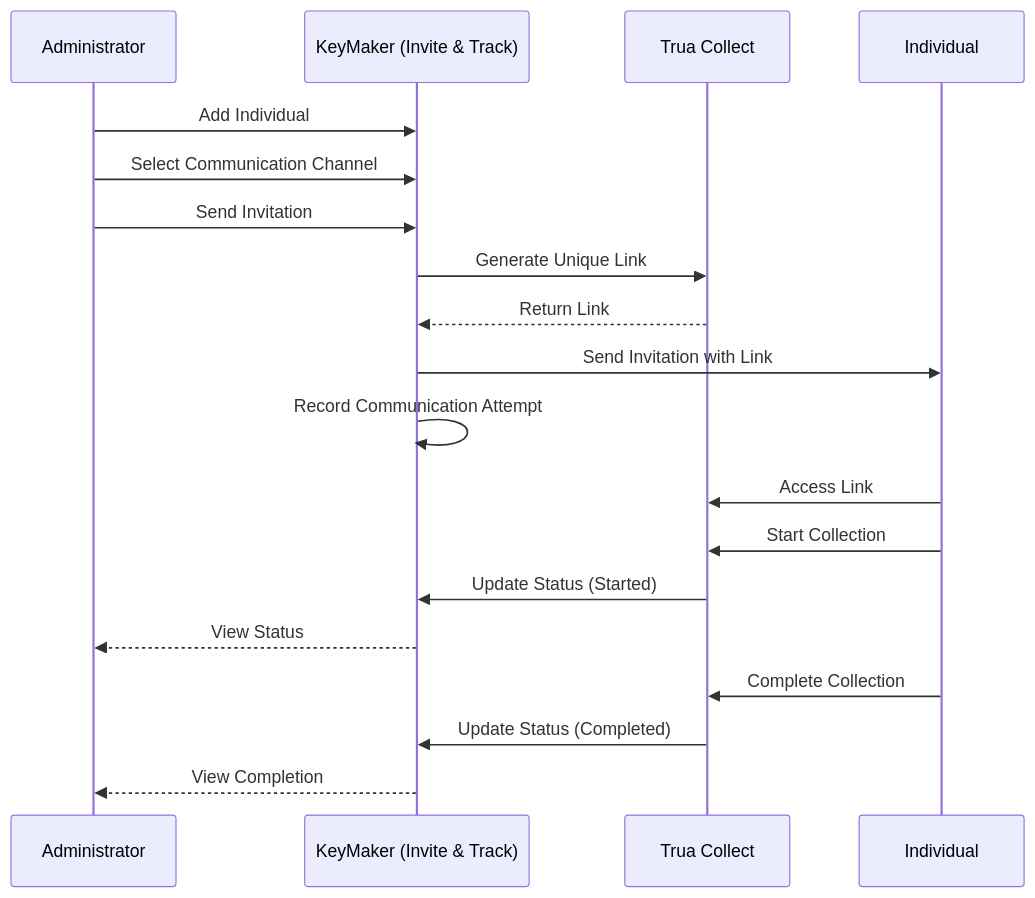
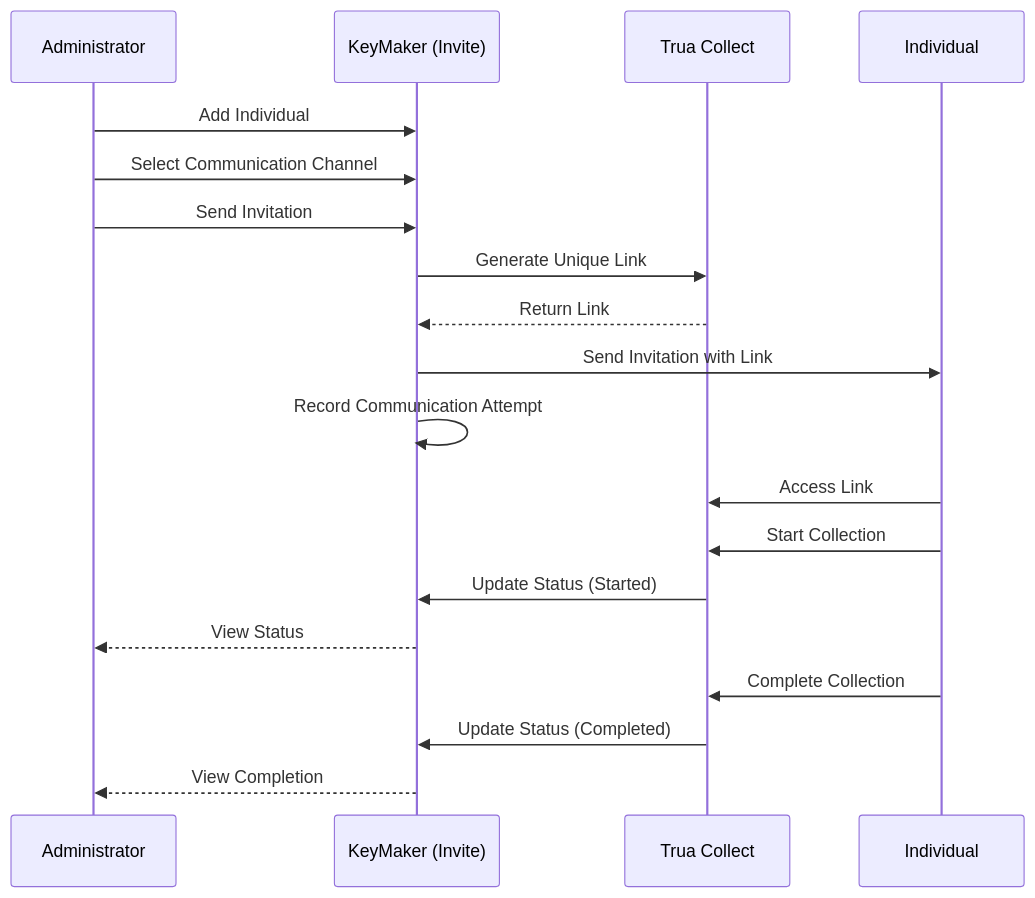
One commit to jhighman/keymaker-app changed the first of 5 diagrams in docs/sequence-diagrams.md. Above: the diagram before and after it, drawn with Mermaid. The commit also changed other lines of this file and 37 other files, not shown here.

````diff
--- a/docs/sequence-diagrams.md
+++ b/docs/sequence-diagrams.md
@@ -9,22 +9,22 @@
 ```mermaid
 sequenceDiagram
     participant Admin as Administrator
-    participant KeyMaker as KeyMaker (Invite & Track)
+    participant KeyMaker as KeyMaker (Invite)
     participant TruaCollect as Trua Collect
     participant Individual as Individual
 
     Admin->>KeyMaker: Add Individual
     Admin->>KeyMaker: Select Communication Channel
     Admin->>KeyMaker: Send Invitation
     KeyMaker->>TruaCollect: Generate Unique Link
     TruaCollect-->>KeyMaker: Return Link
     KeyMaker->>Individual: Send Invitation with Link
     KeyMaker->>KeyMaker: Record Communication Attempt
     Individual->>TruaCollect: Access Link
     Individual->>TruaCollect: Start Collection
     TruaCollect->>KeyMaker: Update Status (Started)
     KeyMaker-->>Admin: View Status
     Individual->>TruaCollect: Complete Collection
     TruaCollect->>KeyMaker: Update Status (Completed)
     KeyMaker-->>Admin: View Completion
 ```
````
